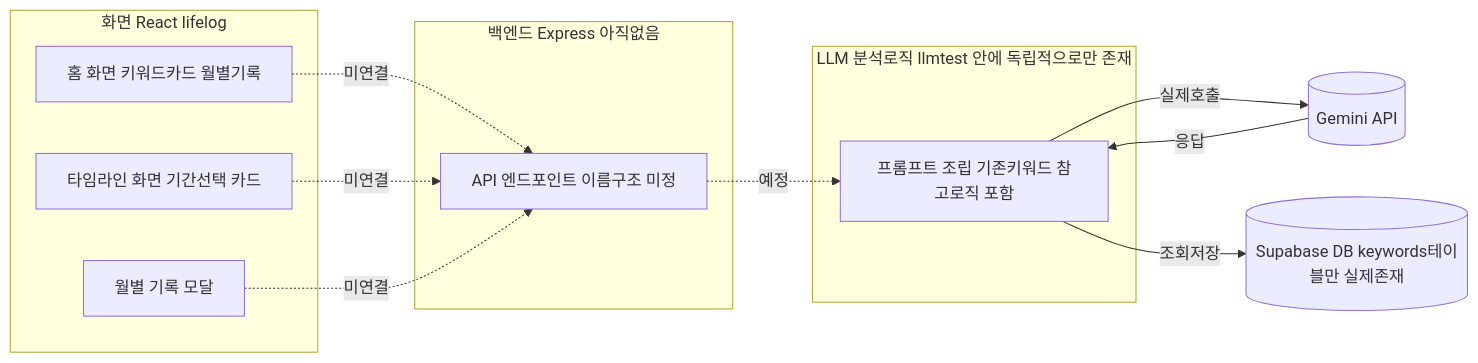
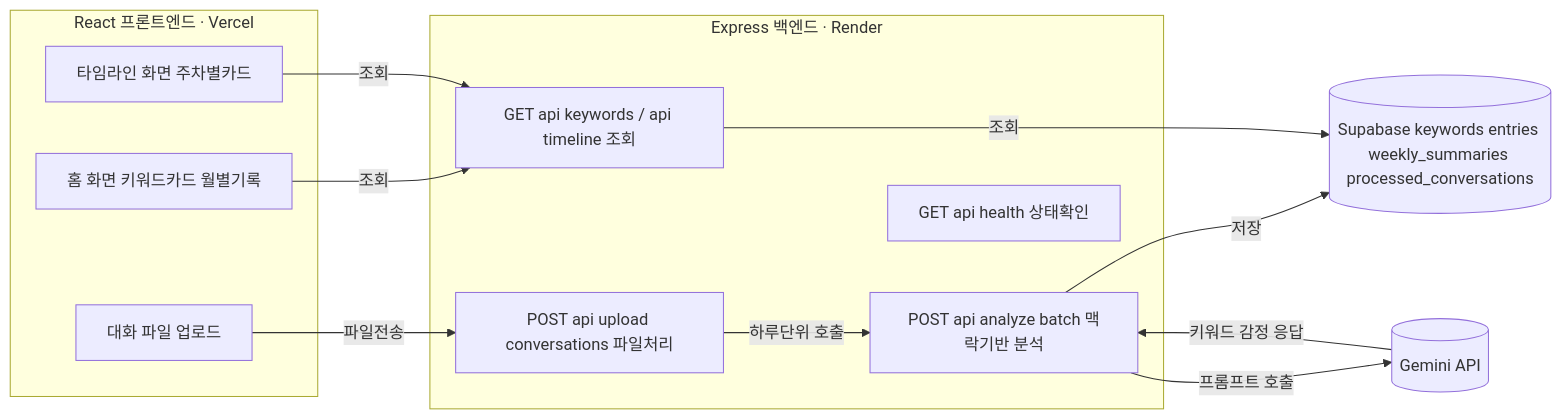
Before and after one commit to Mureung1/hub-showcase: the diagram in README.md, drawn with Mermaid. The commit also changed other lines of this file, not shown here.

````diff
--- a/README.md
+++ b/README.md
@@ -16,27 +42,27 @@
 ```mermaid
 flowchart LR
-    subgraph Client["화면 React lifelog"]
+    subgraph Client["React 프론트엔드 · Vercel"]
         Home["홈 화면 키워드카드 월별기록"]
-        Timeline["타임라인 화면 기간선택 카드"]
-        Modal["월별 기록 모달"]
+        Timeline["타임라인 화면 주차별카드"]
+        Upload["대화 파일 업로드"]
     end
 
-    subgraph Server["백엔드 Express 아직없음"]
-        API["API 엔드포인트 이름구조 미정"]
-    end
-
-    subgraph LLMLogic["LLM 분석로직 llmtest 안에 독립적으로만 존재"]
-        Prompt["프롬프트 조립 기존키워드 참고로직 포함"]
+    subgraph Server["Express 백엔드 · Render"]
+        AnalyzeAPI["POST api analyze batch 맥락기반 분석"]
+        UploadAPI["POST api upload conversations 파일처리"]
+        ReadAPI["GET api keywords / api timeline 조회"]
+        Health["GET api health 상태확인"]
     end
 
     Gemini[("Gemini API")]
-    Supabase[("Supabase DB keywords테이블만 실제존재")]
+    Supabase[("Supabase keywords entries weekly_summaries processed_conversations")]
 
-    Home -.->|"미연결"| API
-    Timeline -.->|"미연결"| API
-    Modal -.->|"미연결"| API
-    API -.->|"예정"| Prompt
-    Prompt -->|"실제호출"| Gemini
-    Gemini -->|"응답"| Prompt
-    Prompt -->|"조회저장"| Supabase
+    Home -->|"조회"| ReadAPI
+    Timeline -->|"조회"| ReadAPI
+    Upload -->|"파일전송"| UploadAPI
+    UploadAPI -->|"하루단위 호출"| AnalyzeAPI
+    AnalyzeAPI -->|"프롬프트 호출"| Gemini
+    Gemini -->|"키워드 감정 응답"| AnalyzeAPI
+    AnalyzeAPI -->|"저장"| Supabase
+    ReadAPI -->|"조회"| Supabase
 ```
````
